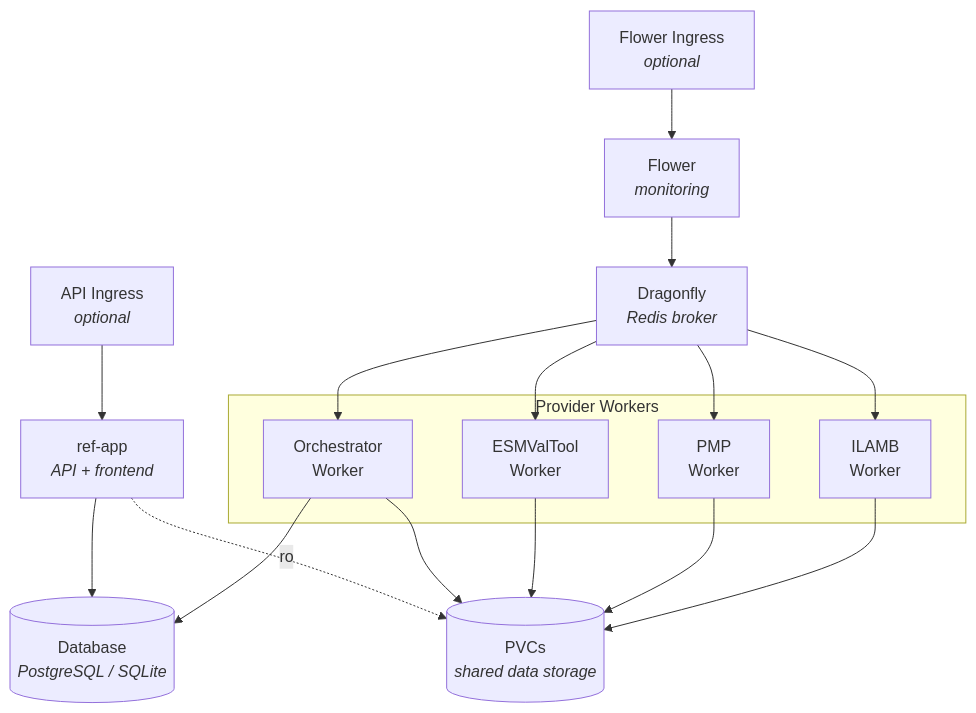
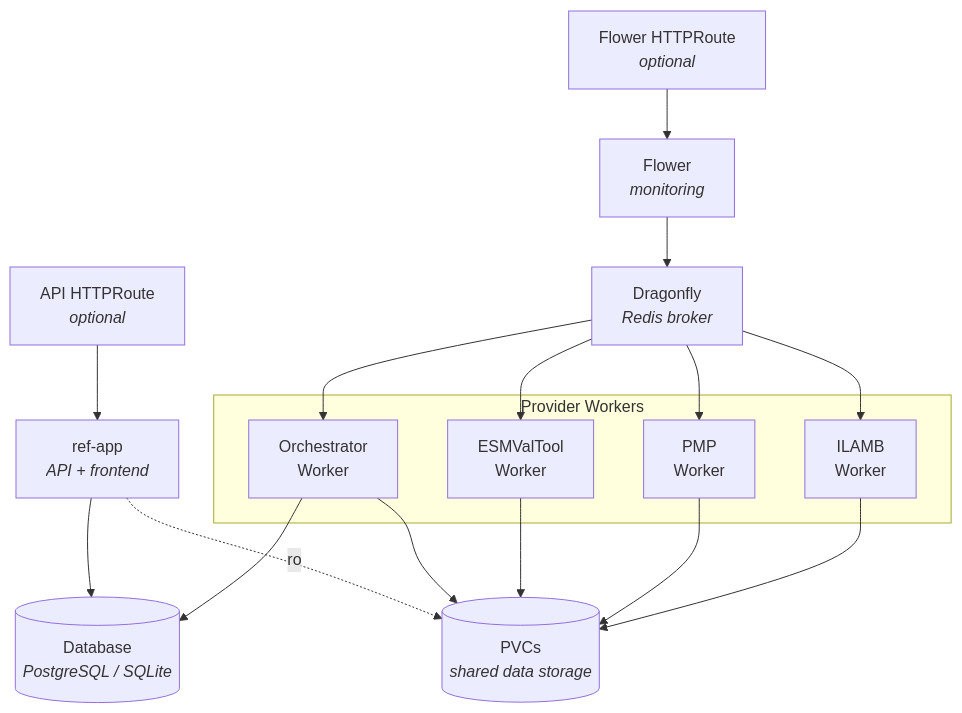
One commit to Climate-REF/climate-ref-aft changed the diagram in helm/README.md. Above: the diagram before and after it, drawn with Mermaid. The commit also changed other lines of this file, not shown here.

First line of the commit message:
docs: bring the chart README back in line with the chart

````diff
--- a/helm/README.md
+++ b/helm/README.md
@@ -64,33 +64,33 @@
 ```mermaid
 flowchart TB
-    apiIngress[API Ingress<br/><i>optional</i>]
-    flowerIngress[Flower Ingress<br/><i>optional</i>]
+    apiIngress[API HTTPRoute<br/><i>optional</i>]
+    flowerIngress[Flower HTTPRoute<br/><i>optional</i>]
     api[ref-app<br/><i>API + frontend</i>]
     flower[Flower<br/><i>monitoring</i>]
     dragonfly[Dragonfly<br/><i>Redis broker</i>]
     db[(Database<br/><i>PostgreSQL / SQLite</i>)]
 
     subgraph workers[Provider Workers]
         orchestrator[Orchestrator<br/>Worker]
         esmvaltool[ESMValTool<br/>Worker]
         pmp[PMP<br/>Worker]
         ilamb[ILAMB<br/>Worker]
     end
 
     pvcs[(PVCs<br/><i>shared data storage</i>)]
 
     apiIngress --> api
     flowerIngress --> flower
     api --> db
     orchestrator --> db
     flower --> dragonfly
     dragonfly --> orchestrator
     dragonfly --> esmvaltool
     dragonfly --> pmp
     dragonfly --> ilamb
     api -. ro .-> pvcs
     orchestrator --> pvcs
     esmvaltool --> pvcs
     pmp --> pvcs
     ilamb --> pvcs
 ```
````
